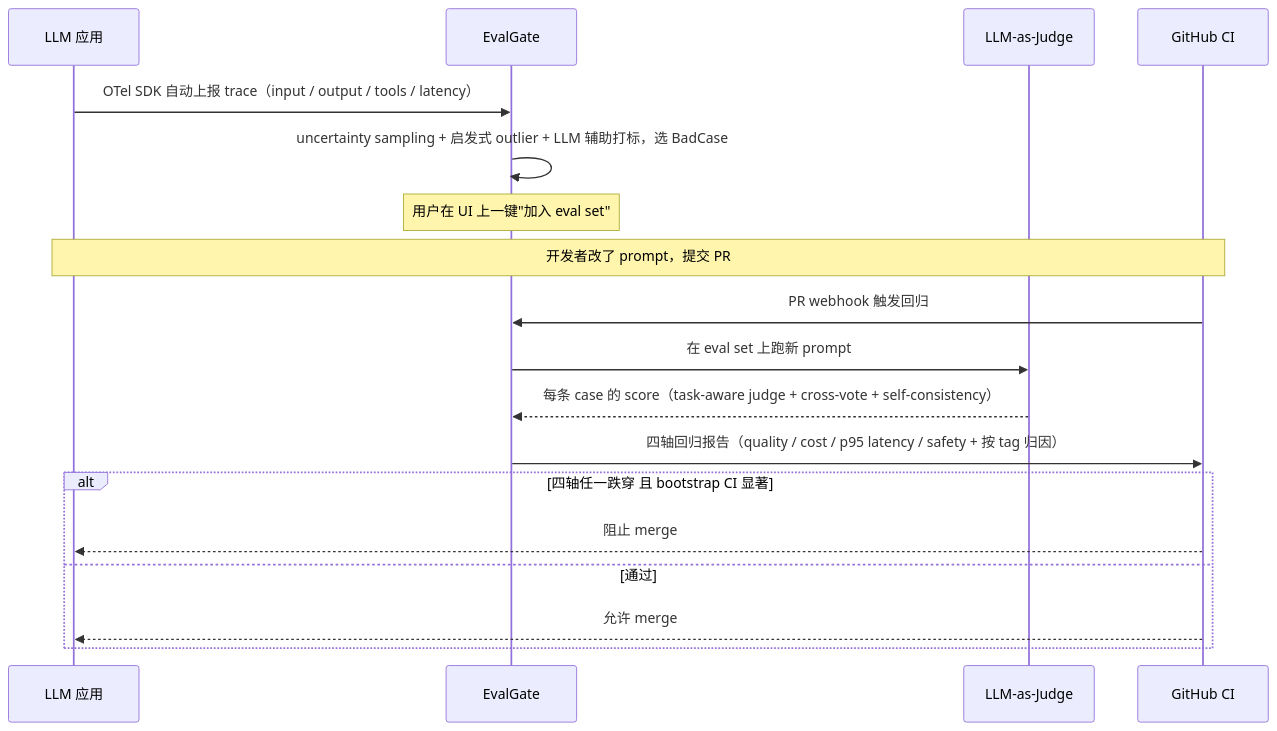
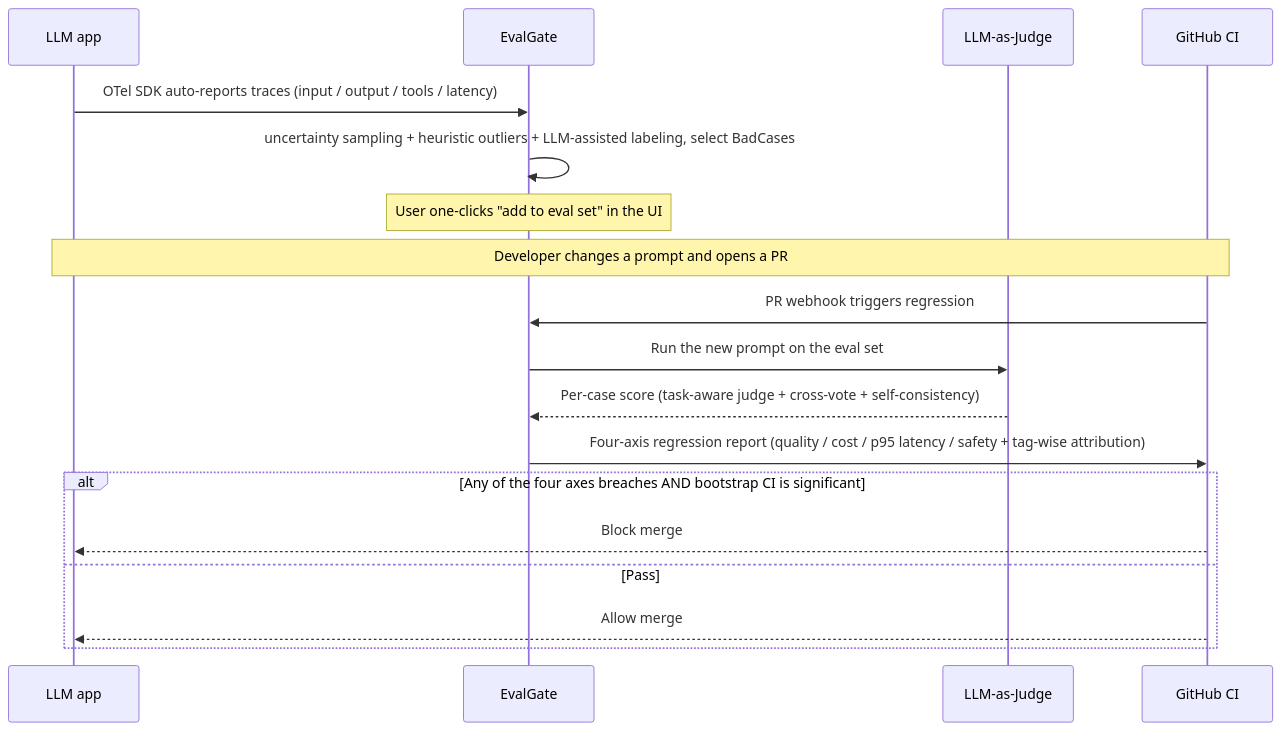
Before and after one commit to AndyUneducated/eval-gate: the first of 4 diagrams in docs/design.md, drawn with Mermaid. The commit also changed other lines of this file and 22 other files, not shown here.

````diff
--- a/docs/design.md
+++ b/docs/design.md
@@ -37,23 +37,23 @@
 ```mermaid
 sequenceDiagram
-    participant App as LLM 应用
+    participant App as LLM app
     participant EvalGate
     participant Judge as LLM-as-Judge
     participant CI as GitHub CI
 
-    App->>EvalGate: OTel SDK 自动上报 trace（input / output / tools / latency）
-    EvalGate->>EvalGate: uncertainty sampling + 启发式 outlier + LLM 辅助打标，选 BadCase
-    Note over EvalGate: 用户在 UI 上一键"加入 eval set"
+    App->>EvalGate: OTel SDK auto-reports traces (input / output / tools / latency)
+    EvalGate->>EvalGate: uncertainty sampling + heuristic outliers + LLM-assisted labeling, select BadCases
+    Note over EvalGate: User one-clicks "add to eval set" in the UI
 
-    Note over App,CI: 开发者改了 prompt，提交 PR
-    CI->>EvalGate: PR webhook 触发回归
-    EvalGate->>Judge: 在 eval set 上跑新 prompt
-    Judge-->>EvalGate: 每条 case 的 score（task-aware judge + cross-vote + self-consistency）
-    EvalGate->>CI: 四轴回归报告（quality / cost / p95 latency / safety + 按 tag 归因）
+    Note over App,CI: Developer changes a prompt and opens a PR
+    CI->>EvalGate: PR webhook triggers regression
+    EvalGate->>Judge: Run the new prompt on the eval set
+    Judge-->>EvalGate: Per-case score (task-aware judge + cross-vote + self-consistency)
+    EvalGate->>CI: Four-axis regression report (quality / cost / p95 latency / safety + tag-wise attribution)
 
-    alt 四轴任一跌穿 且 bootstrap CI 显著
-        CI-->>App: 阻止 merge
-    else 通过
-        CI-->>App: 允许 merge
+    alt Any of the four axes breaches AND bootstrap CI is significant
+        CI-->>App: Block merge
+    else Pass
+        CI-->>App: Allow merge
     end
 ```
````
